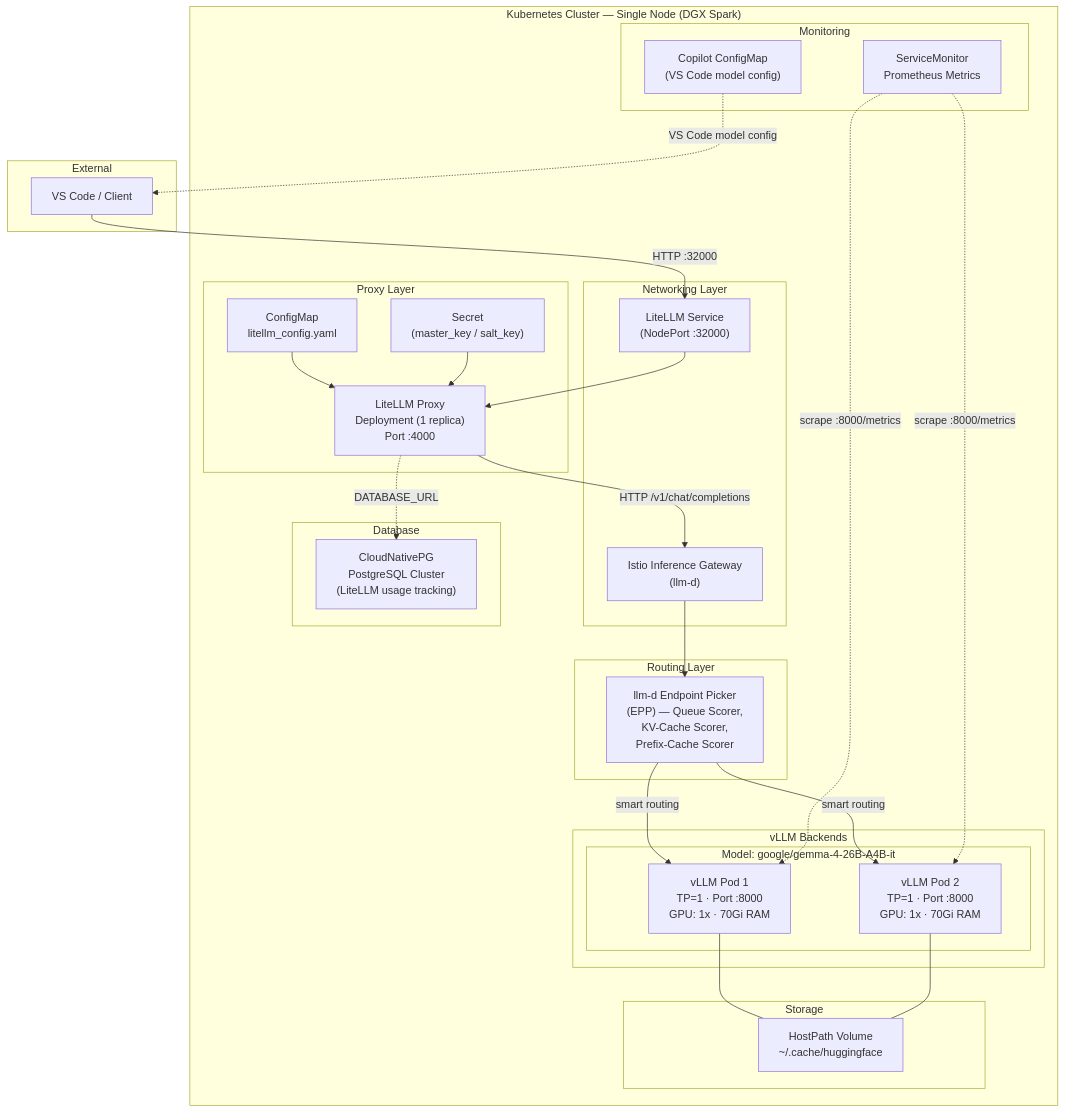
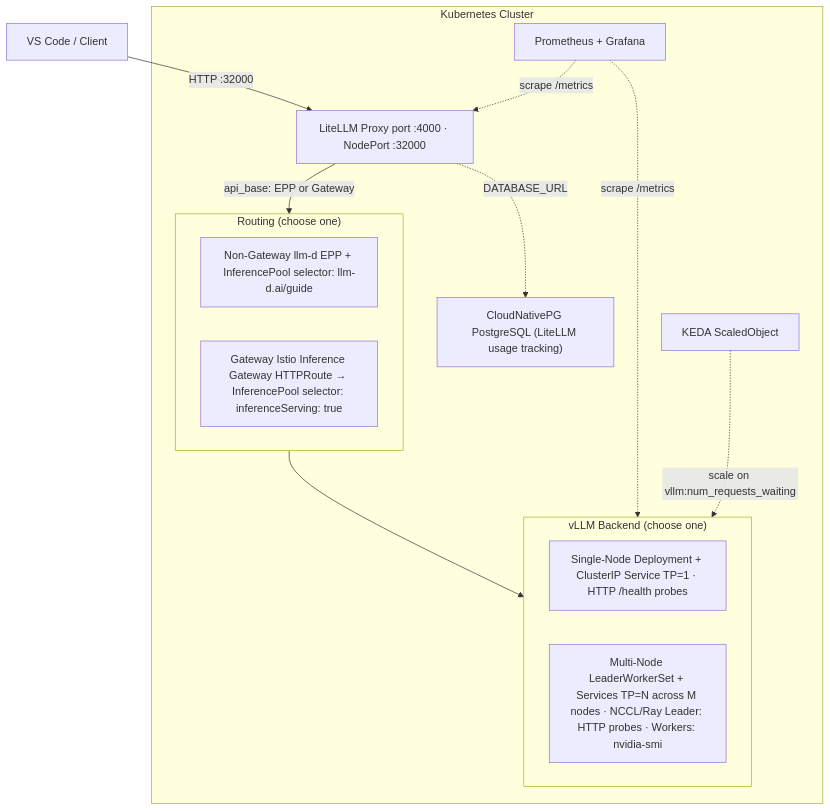
One commit to TrevorSquillario/llmd-stack changed the diagram in README.md. Above: the diagram before and after it, drawn with Mermaid. The commit also changed other lines of this file and 30 other files, not shown here.

````diff
--- a/README.md
+++ b/README.md
@@ -11,58 +21,30 @@
 ```mermaid
 flowchart TB
-    subgraph External["External"]
-        Client["VS Code / Client"]
+    Client["VS Code / Client"]
+
+    subgraph K8s["Kubernetes Cluster"]
+        LiteLLM["LiteLLM Proxy port :4000 · NodePort :32000"]
+
+        subgraph Routing["Routing (choose one)"]
+            NonGW["Non-Gateway llm-d EPP + InferencePool selector: llm-d.ai/guide"]
+            GW["Gateway Istio Inference Gateway HTTPRoute → InferencePool selector: inferenceServing: true"]
+        end
+
+        subgraph Backend["vLLM Backend (choose one)"]
+            SN["Single-Node Deployment + ClusterIP Service TP=1 · HTTP /health probes"]
+            MN["Multi-Node LeaderWorkerSet + Services TP=N across M nodes · NCCL/Ray Leader: HTTP probes · Workers: nvidia-smi"]
+        end
+
+        PG["CloudNativePG PostgreSQL (LiteLLM usage tracking)"]
+        KEDA["KEDA ScaledObject"]
+        Prom["Prometheus + Grafana"]
     end
 
-    subgraph K8s["Kubernetes Cluster — Single Node (DGX Spark)"]
-        subgraph Network["Networking Layer"]
-            NodePort["LiteLLM Service\n(NodePort :32000)"]
-            IstioGW["Istio Inference Gateway\n(llm-d)"]
-        end
-
-        subgraph Proxy["Proxy Layer"]
-            LiteLLM["LiteLLM Proxy\nDeployment (1 replica)\nPort :4000"]
-            LiteLLM_CM["ConfigMap\nlitellm_config.yaml"]
-            LiteLLM_Secret["Secret\n(master_key / salt_key)"]
-        end
-
-        subgraph Routing["Routing Layer"]
-            EPP["llm-d Endpoint Picker\n(EPP) — Queue Scorer,\nKV-Cache Scorer,\nPrefix-Cache Scorer"]
-        end
-
-        subgraph Backend["vLLM Backends"]
-            subgraph Model1["Model: google/gemma-4-26B-A4B-it"]
-                VLLM_POD1["vLLM Pod 1\nTP=1 · Port :8000\nGPU: 1x · 70Gi RAM"]
-                VLLM_POD2["vLLM Pod 2\nTP=1 · Port :8000\nGPU: 1x · 70Gi RAM"]
-            end
-        end
-
-        subgraph Storage["Storage"]
-            HostPath["HostPath Volume\n~/.cache/huggingface"]
-        end
-
-        subgraph DB["Database"]
-            PG["CloudNativePG\nPostgreSQL Cluster\n(LiteLLM usage tracking)"]
-        end
-
-        subgraph Monitoring["Monitoring"]
-            SM["ServiceMonitor\nPrometheus Metrics"]
-            CP_CM["Copilot ConfigMap\n(VS Code model config)"]
-        end
-    end
-
-    Client -->|"HTTP :32000"| NodePort
-    NodePort --> LiteLLM
-    LiteLLM_CM --> LiteLLM
-    LiteLLM_Secret --> LiteLLM
-    LiteLLM -->|"HTTP /v1/chat/completions"| IstioGW
-    IstioGW --> EPP
-    EPP -->|"smart routing"| VLLM_POD1
-    EPP -->|"smart routing"| VLLM_POD2
-    VLLM_POD1 --- HostPath
-    VLLM_POD2 --- HostPath
+    Client -->|"HTTP :32000"| LiteLLM
+    LiteLLM -->|"api_base: EPP or Gateway"| Routing
+    Routing --> Backend
     LiteLLM -.->|"DATABASE_URL"| PG
-    SM -.->|"scrape :8000/metrics"| VLLM_POD1
-    SM -.->|"scrape :8000/metrics"| VLLM_POD2
-    CP_CM -.->|"VS Code model config"| Client
+    Prom -.->|"scrape /metrics"| LiteLLM
+    Prom -.->|"scrape /metrics"| Backend
+    KEDA -.->|"scale on vllm:num_requests_waiting"| Backend
 ```
````
